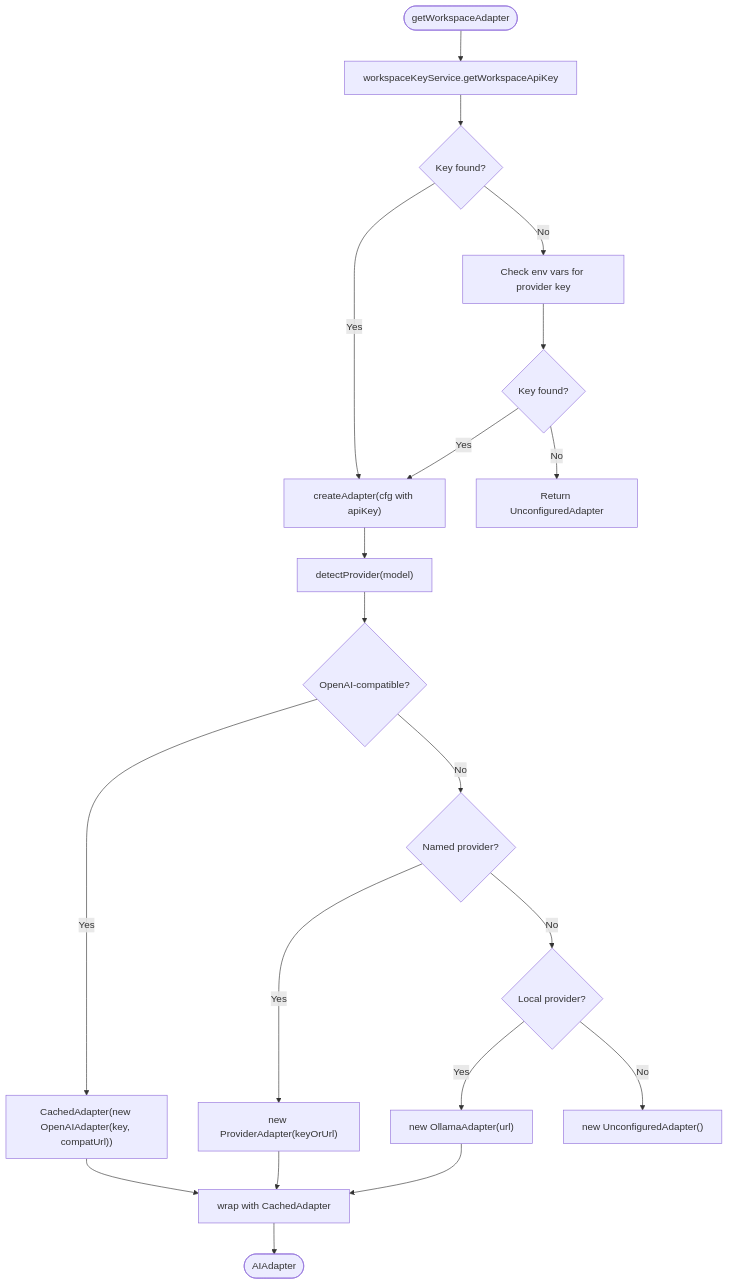
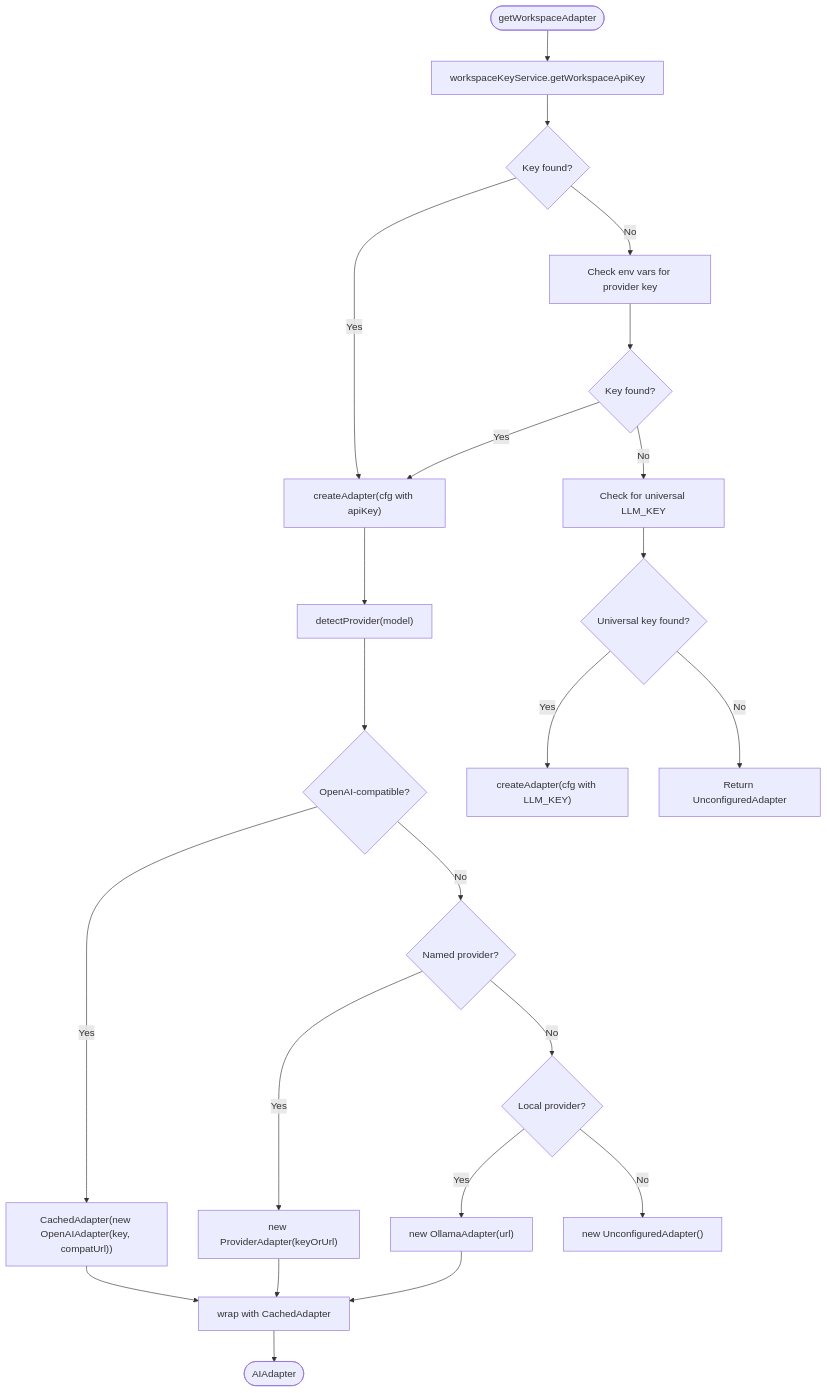
One commit to shekhargiri005-dotcom/AI-powered-accessibility-first-UI-engine changed the fourth of 10 diagrams in .qoder/repowiki/en/content/Architecture & Design/Layered Architecture/Business Logic Layer/AI Provider Adapter System.md. Above: the diagram before and after it, drawn with Mermaid. The commit also changed other lines of this file and 8 other files, not shown here.

````diff
--- a/.qoder/repowiki/en/content/Architecture & Design/Layered Architecture/Business Logic Layer/AI Provider Adapter System.md
+++ b/.qoder/repowiki/en/content/Architecture & Design/Layered Architecture/Business Logic Layer/AI Provider Adapter System.md
@@ -203,22 +230,25 @@
 ```mermaid
 flowchart TD
 Start(["getWorkspaceAdapter"]) --> DB["workspaceKeyService.getWorkspaceApiKey"]
 DB --> Found{"Key found?"}
 Found -- Yes --> Create["createAdapter(cfg with apiKey)"]
 Found -- No --> Env["Check env vars for provider key"]
 Env --> HasKey{"Key found?"}
 HasKey -- Yes --> Create
-HasKey -- No --> Fallback["Return UnconfiguredAdapter"]
+HasKey -- No --> Universal["Check for universal LLM_KEY"]
+Universal --> UniFound{"Universal key found?"}
+UniFound -- Yes --> CreateUni["createAdapter(cfg with LLM_KEY)"]
+UniFound -- No --> Fallback["Return UnconfiguredAdapter"]
 Create --> Detect["detectProvider(model)"]
 Detect --> Compat{"OpenAI-compatible?"}
 Compat -- Yes --> OpenAI["CachedAdapter(new OpenAIAdapter(key, compatUrl))"]
 Compat -- No --> Named{"Named provider?"}
 Named -- Yes --> NewAdapter["new ProviderAdapter(keyOrUrl)"]
 Named -- No --> Local{"Local provider?"}
 Local -- Yes --> Ollama["new OllamaAdapter(url)"]
 Local -- No --> Unconfigured["new UnconfiguredAdapter()"]
 OpenAI --> CacheWrap["wrap with CachedAdapter"]
 NewAdapter --> CacheWrap
 Ollama --> CacheWrap
 CacheWrap --> End(["AIAdapter"])
 ```
````
